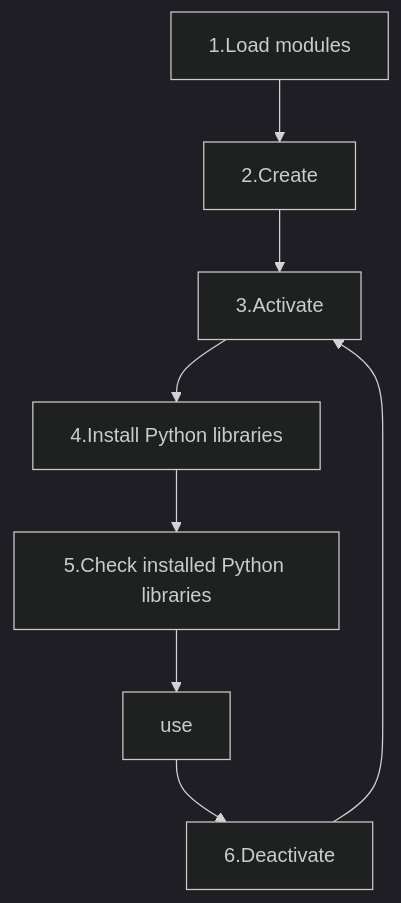
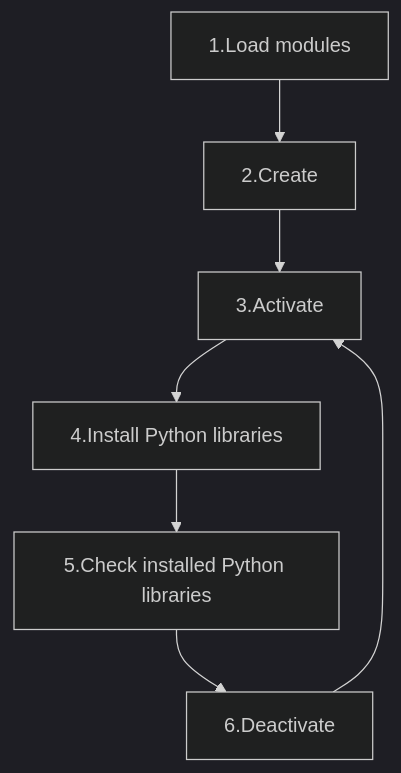
One commit to UPPMAX/R-python-julia-matlab-HPC changed the diagram in docs/python/isolated_workflow_vpyenv.mmd. Above: the diagram before and after it, drawn with Mermaid (dark theme). The commit also changed 1 other file, not shown here.

```diff
--- a/docs/python/isolated_workflow_vpyenv.mmd
+++ b/docs/python/isolated_workflow_vpyenv.mmd
@@ -1,15 +1,14 @@
 flowchart TD
   load_modules[1.Load modules]
   create[2.Create]
   activate[3.Activate]
   install_libraries[4.Install Python libraries]
   check[5.Check installed Python libraries]
   deactivate[6.Deactivate]
 
   load_modules --> create
   create --> activate
   activate --> install_libraries
   install_libraries --> check
-  check --> use
-  use --> deactivate
+  check --> deactivate
   deactivate --> activate
```
